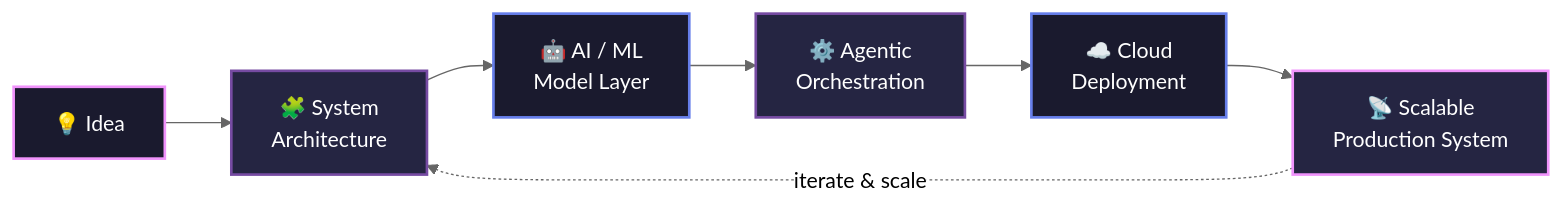
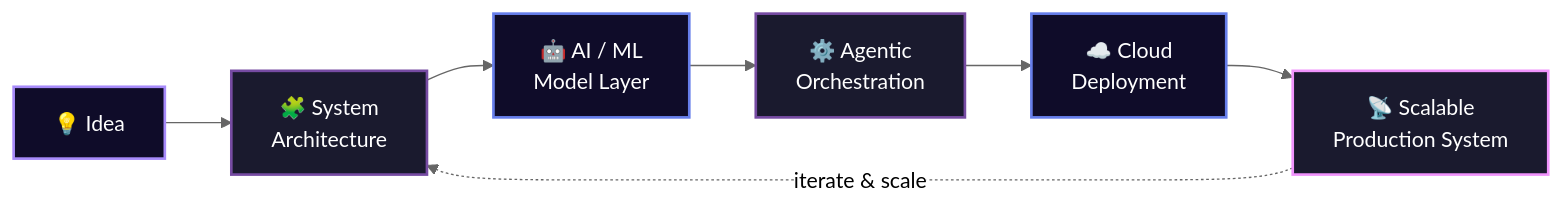
Before and after one commit to TALHA-ABDUL-RAUF/TALHA-ABDUL-RAUF: the diagram in README.md, drawn with Mermaid (neutral theme). The commit also changed other lines of this file, not shown here.

````diff
--- a/README.md
+++ b/README.md
@@ -39,16 +68,16 @@
 ```mermaid
 flowchart LR
     A["💡 Idea"] --> B["🧩 System<br/>Architecture"]
     B --> C["🤖 AI / ML<br/>Model Layer"]
     C --> D["⚙️ Agentic<br/>Orchestration"]
     D --> E["☁️ Cloud<br/>Deployment"]
     E --> F["📡 Scalable<br/>Production System"]
     F -.iterate & scale.-> B
 
-    style A fill:#1a1a2e,stroke:#f093fb,stroke-width:2px,color:#fff
-    style B fill:#252542,stroke:#764ba2,stroke-width:2px,color:#fff
-    style C fill:#1a1a2e,stroke:#667eea,stroke-width:2px,color:#fff
-    style D fill:#252542,stroke:#764ba2,stroke-width:2px,color:#fff
-    style E fill:#1a1a2e,stroke:#667eea,stroke-width:2px,color:#fff
-    style F fill:#252542,stroke:#f093fb,stroke-width:2px,color:#fff
+    style A fill:#0f0c29,stroke:#A78BFA,stroke-width:2px,color:#fff
+    style B fill:#1a1a2e,stroke:#764ba2,stroke-width:2px,color:#fff
+    style C fill:#0f0c29,stroke:#667eea,stroke-width:2px,color:#fff
+    style D fill:#1a1a2e,stroke:#764ba2,stroke-width:2px,color:#fff
+    style E fill:#0f0c29,stroke:#667eea,stroke-width:2px,color:#fff
+    style F fill:#1a1a2e,stroke:#f093fb,stroke-width:2px,color:#fff
 ```
````
